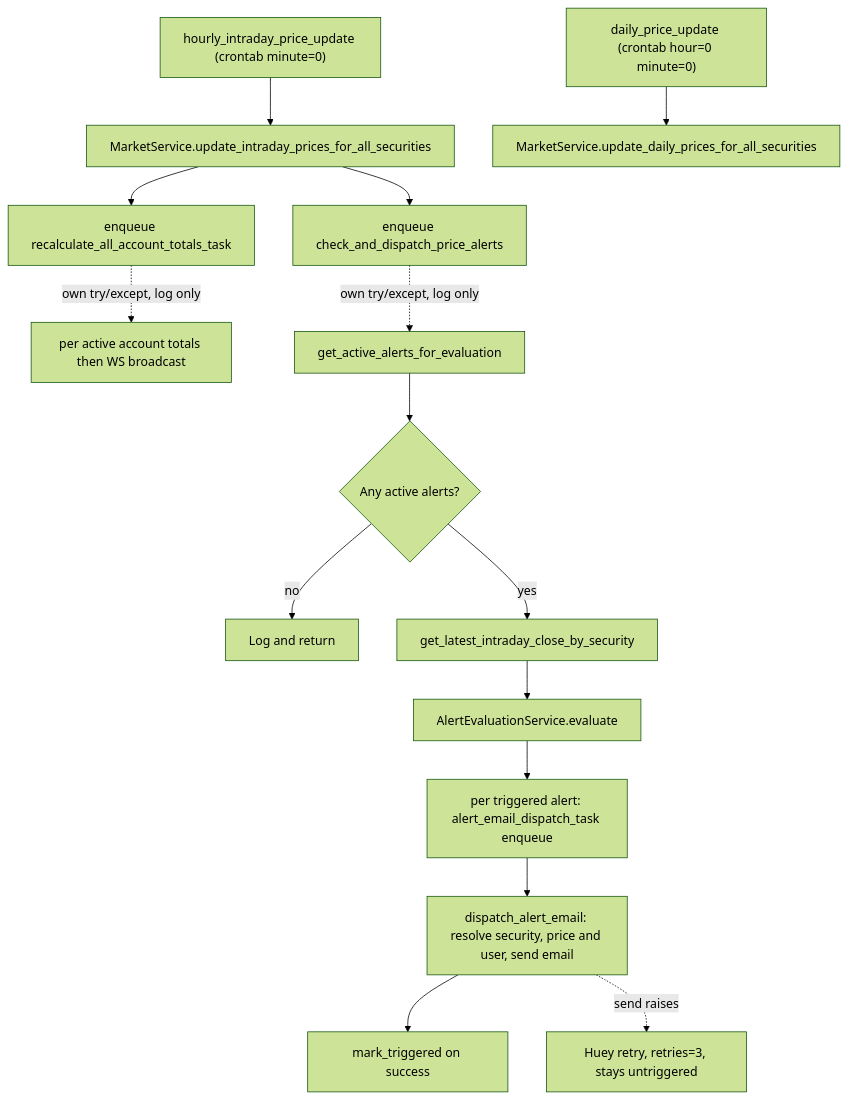
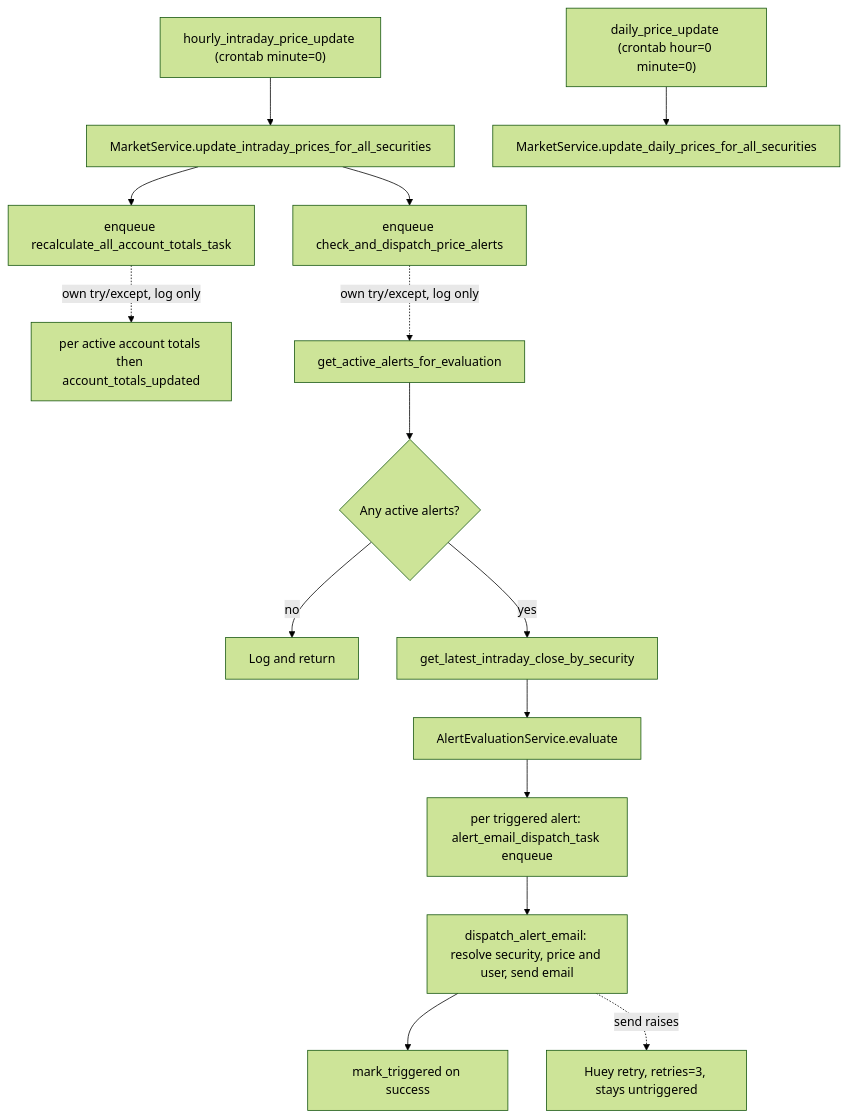
One commit to havekes/retail-portfolio changed the first of 2 diagrams in openwiki/workflows/market-data-and-indicators.md. Above: the diagram before and after it, drawn with Mermaid (forest theme). The commit also changed other lines of this file and 57 other files, not shown here.

````diff
--- a/openwiki/workflows/market-data-and-indicators.md
+++ b/openwiki/workflows/market-data-and-indicators.md
@@ -121,18 +165,18 @@
 ```mermaid
 flowchart TD
     A["hourly_intraday_price_update (crontab minute=0)"] --> B["MarketService.update_intraday_prices_for_all_securities"]
     B --> C["enqueue recalculate_all_account_totals_task"]
     B --> D["enqueue check_and_dispatch_price_alerts"]
-    C -.->|"own try/except, log only"| E["per active account totals then WS broadcast"]
+    C -.->|"own try/except, log only"| E["per active account totals then account_totals_updated"]
     D -.->|"own try/except, log only"| F["get_active_alerts_for_evaluation"]
     F --> G{"Any active alerts?"}
     G -->|"no"| H["Log and return"]
     G -->|"yes"| I["get_latest_intraday_close_by_security"]
     I --> J["AlertEvaluationService.evaluate"]
     J --> K["per triggered alert: alert_email_dispatch_task enqueue"]
     K --> L["dispatch_alert_email: resolve security, price and user, send email"]
     L --> M["mark_triggered on success"]
     L -.->|"send raises"| N["Huey retry, retries=3, stays untriggered"]
 
     NIGHTLY["daily_price_update (crontab hour=0 minute=0)"] --> O["MarketService.update_daily_prices_for_all_securities"]
 ```
````
